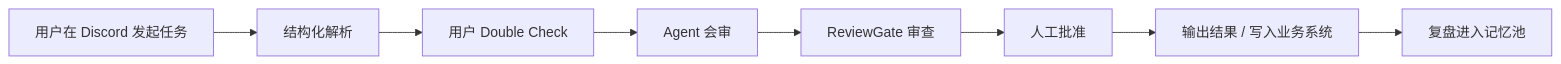
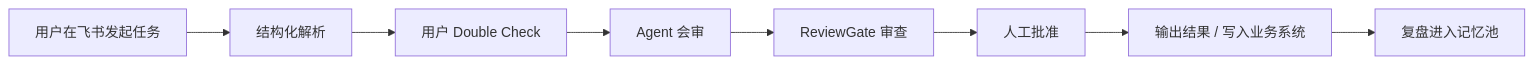
Before and after one commit to YiyuZh/headhunt-agent: the diagram in README.md, drawn with Mermaid. The commit also changed other lines of this file and 87 other files, not shown here.

````diff
--- a/README.md
+++ b/README.md
@@ -21,10 +21,10 @@
 ```mermaid
 flowchart LR
-    A["用户在 Discord 发起任务"] --> B["结构化解析"]
+    A["用户在飞书发起任务"] --> B["结构化解析"]
     B --> C["用户 Double Check"]
     C --> D["Agent 会审"]
     D --> E["ReviewGate 审查"]
     E --> F["人工批准"]
     F --> G["输出结果 / 写入业务系统"]
     G --> H["复盘进入记忆池"]
 ```
````
